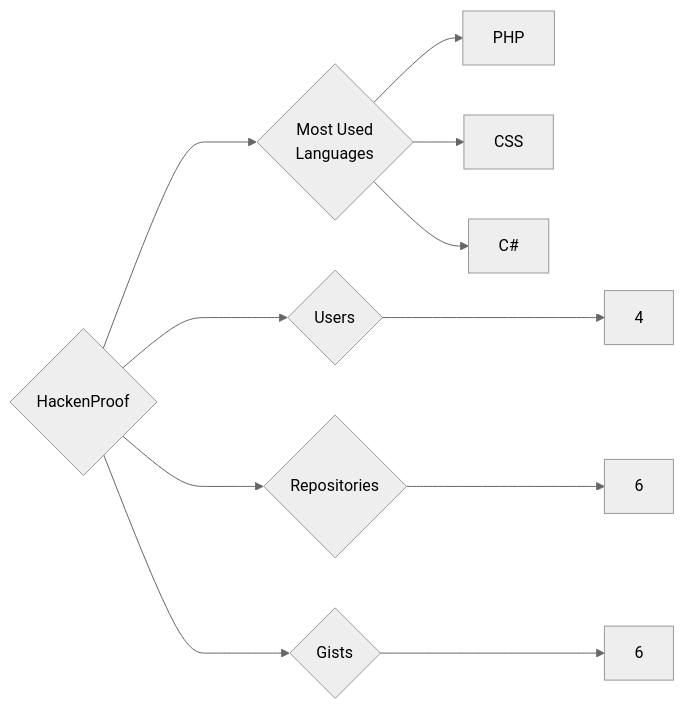
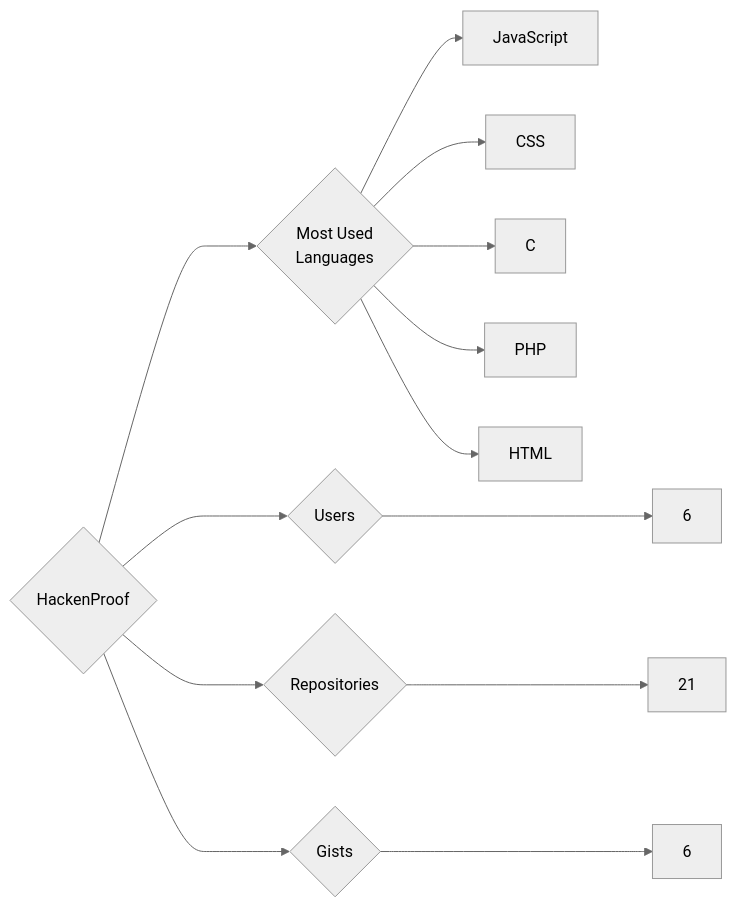
Before and after one commit to trickest/insiders: the diagram in targets/HackenProof/README.md, drawn with Mermaid (neutral theme). The commit also changed 880 other files, not shown here.

````diff
--- a/targets/HackenProof/README.md
+++ b/targets/HackenProof/README.md
@@ -3,11 +3,13 @@
 ```mermaid
 graph LR
 COMPANY_NAME{HackenProof}
-COMPANY_NAME ---> U{Users} ---> UN[4]
-COMPANY_NAME ---> R{Repositories} ---> RN[6]
+COMPANY_NAME ---> U{Users} ---> UN[6]
+COMPANY_NAME ---> R{Repositories} ---> RN[21]
 COMPANY_NAME ---> G{Gists} ---> GN[6]
 COMPANY_NAME ---> ML{Most Used<br>Languages}
+ML --> JavaScript[JavaScript]
+ML --> CSS[CSS]
+ML --> C[C]
 ML --> PHP[PHP]
-ML --> CSS[CSS]
-ML --> C#[C#]
+ML --> HTML[HTML]
 ```
````
